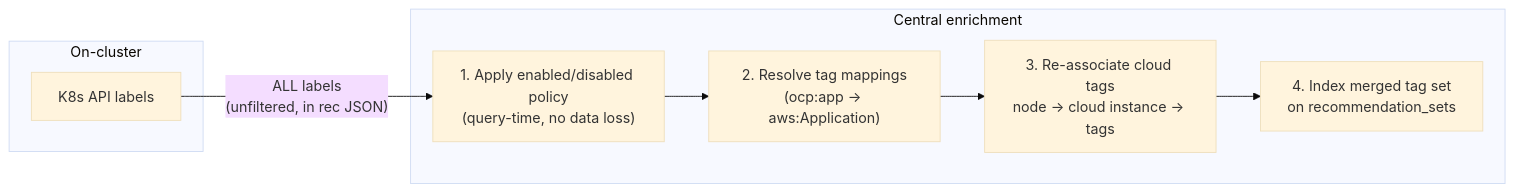
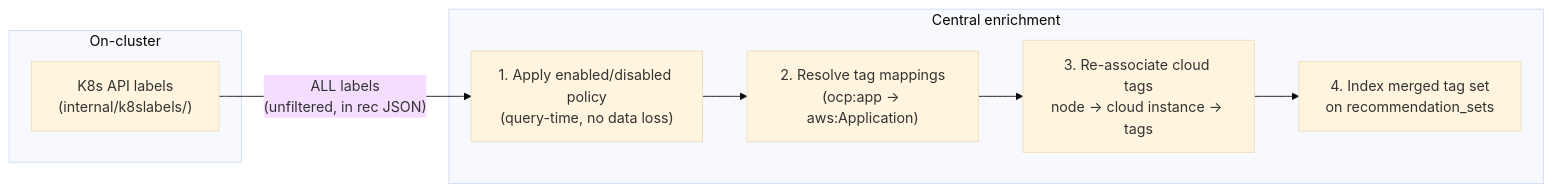
The third of 3 diagrams in docs/features/local-mode.md (pgarciaq/ros-ocp-backend), drawn with Mermaid (base theme) before and after one commit. The commit also changed other lines of this file and 1 other file, not shown here.

Commit message:
Update local-mode docs: robne-operator standalone architecture with three modes

````diff
--- a/docs/features/local-mode.md
+++ b/docs/features/local-mode.md
@@ -53,17 +131,17 @@
 ```mermaid
 flowchart LR
     subgraph on_cluster["On-cluster"]
-        k8s["K8s API labels"]
+        k8s["K8s API labels\n(internal/k8slabels/)"]
     end
 
     subgraph central["Central enrichment"]
         step1["1. Apply enabled/disabled policy\n(query-time, no data loss)"]
         step2["2. Resolve tag mappings\n(ocp:app → aws:Application)"]
         step3["3. Re-associate cloud tags\nnode → cloud instance → tags"]
         step4["4. Index merged tag set\non recommendation_sets"]
 
         step1 --> step2 --> step3 --> step4
     end
 
     k8s -- "ALL labels\n(unfiltered, in rec JSON)" --> step1
 ```
````
